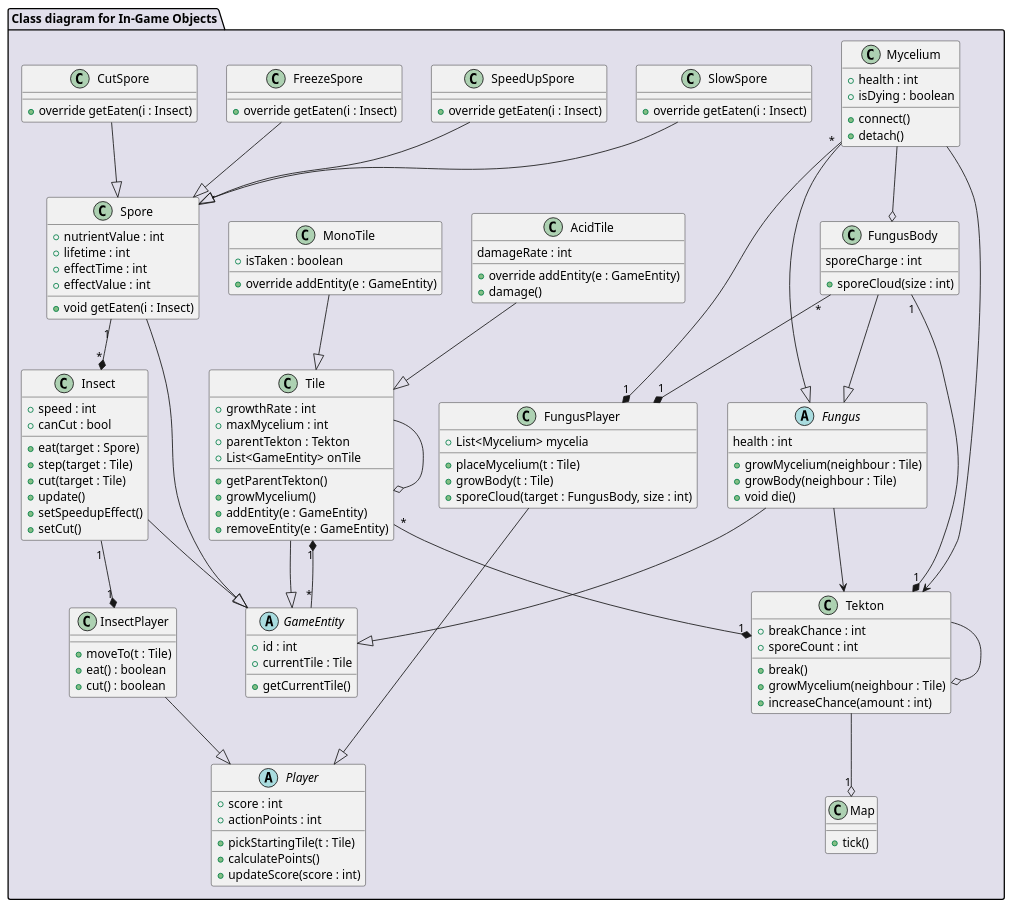
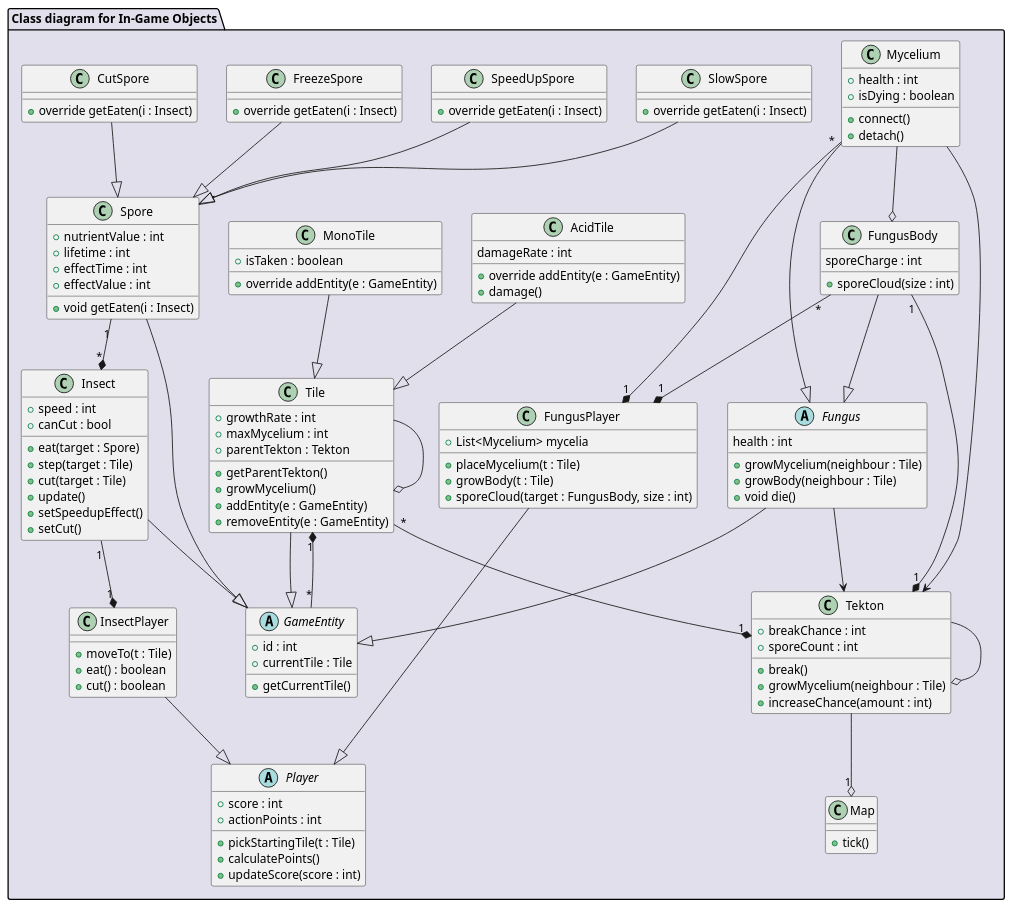
Before and after one commit to Harcipan/Projlab_nullpointerexception: the diagram in diagrams/diagramFiles/CD_InGameObjects.puml, drawn with PlantUML.

Commit message:
listremoved

```diff
--- a/diagrams/diagramFiles/CD_InGameObjects.puml
+++ b/diagrams/diagramFiles/CD_InGameObjects.puml
@@ -1,161 +1,160 @@
 @startuml CD_InGameObjects
 
 package "Class diagram for In-Game Objects" #E1DFEB {
     
     'world elements'
 
     class Map {
         + tick()
     }
 
     class Tekton {
         + breakChance : int
         + sporeCount : int
         + break()
         + growMycelium(neighbour : Tile)
         + increaseChance(amount : int)
     }
 
     class Tile {
         + growthRate : int
         + maxMycelium : int
         + parentTekton : Tekton
-        + List<GameEntity> onTile
         + getParentTekton()
         +growMycelium()
         + addEntity(e : GameEntity)
         + removeEntity(e : GameEntity)
     }
 
     class MonoTile {
         + isTaken : boolean
         + override addEntity(e : GameEntity)
     }
 
     class AcidTile {
         damageRate : int
         + override addEntity(e : GameEntity)
         + damage()
     }
     'interactive elements'
 
     abstract class GameEntity {
         + id : int
         + currentTile : Tile
         + getCurrentTile()
     }
 
     class Mycelium {
         + health : int
         + isDying : boolean
         + connect()
         + detach()
     }
 
     class Spore {
         + nutrientValue : int
         + lifetime : int
         + effectTime : int
         + effectValue : int
         + void getEaten(i : Insect)
     }
 
     class SlowSpore {
         + override getEaten(i : Insect)
     }
 
     class SpeedUpSpore {
         + override getEaten(i : Insect)
     }
 
     class FreezeSpore {
         + override getEaten(i : Insect)
     }
 
     class CutSpore {
         + override getEaten(i : Insect)
     }
 
     'playable elements'
 
     abstract class Player {
         + score : int
         + actionPoints : int
         + pickStartingTile(t : Tile)
         + calculatePoints()
         + updateScore(score : int)
     }
 
 
     class FungusPlayer {
         + List<Mycelium> mycelia
         + placeMycelium(t : Tile)
         + growBody(t : Tile)
         + sporeCloud(target : FungusBody, size : int)
     }
 
     abstract class Fungus {
         health : int
         + growMycelium(neighbour : Tile)
         + growBody(neighbour : Tile)
         + void die()
     }
 
     class FungusBody {
         sporeCharge : int
         + sporeCloud(size : int)
     }
     
     class InsectPlayer {
         + moveTo(t : Tile)
         + eat() : boolean
         + cut() : boolean
     }
 
     class Insect {
         + speed : int
         + canCut : bool
         + eat(target : Spore)
         + step(target : Tile)
         + cut(target : Tile)
         + update()
         + setSpeedupEffect()
         + setCut()
     }
 
     'connections'
 
     Spore --|> GameEntity
     Fungus --|> GameEntity
     Insect --|> GameEntity
     Tile --|> GameEntity
 
     Mycelium --o FungusBody
     SlowSpore --|> Spore
     FreezeSpore --|> Spore
     SpeedUpSpore --|> Spore
     CutSpore --|> Spore
     Tekton --o "1" Map
     FungusBody "1" --* "1" Tekton
     Fungus --> Tekton
     Mycelium --> Tekton
     Tile "*" --* "1" Tekton
     MonoTile --|> Tile
     AcidTile --|> Tile
     
     Mycelium --|> Fungus
     FungusBody --|> Fungus
     GameEntity "*" --* "1" Tile
     Tile  --o  Tile
     Tekton --o Tekton
     FungusPlayer --|> Player
     Mycelium "*" --* "1" FungusPlayer
     InsectPlayer --|> Player
     Insect "1" --* "1" InsectPlayer
     FungusBody "*" --* "1" FungusPlayer
     Spore "1" --* "*" Insect
 
     
 }
 
 @enduml
```
